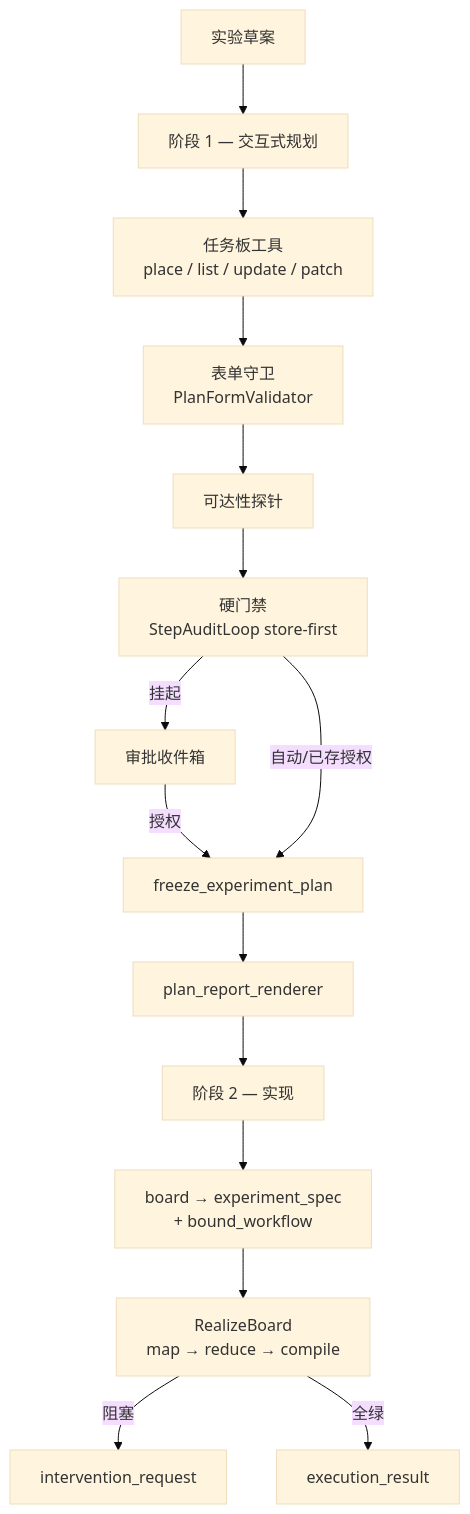
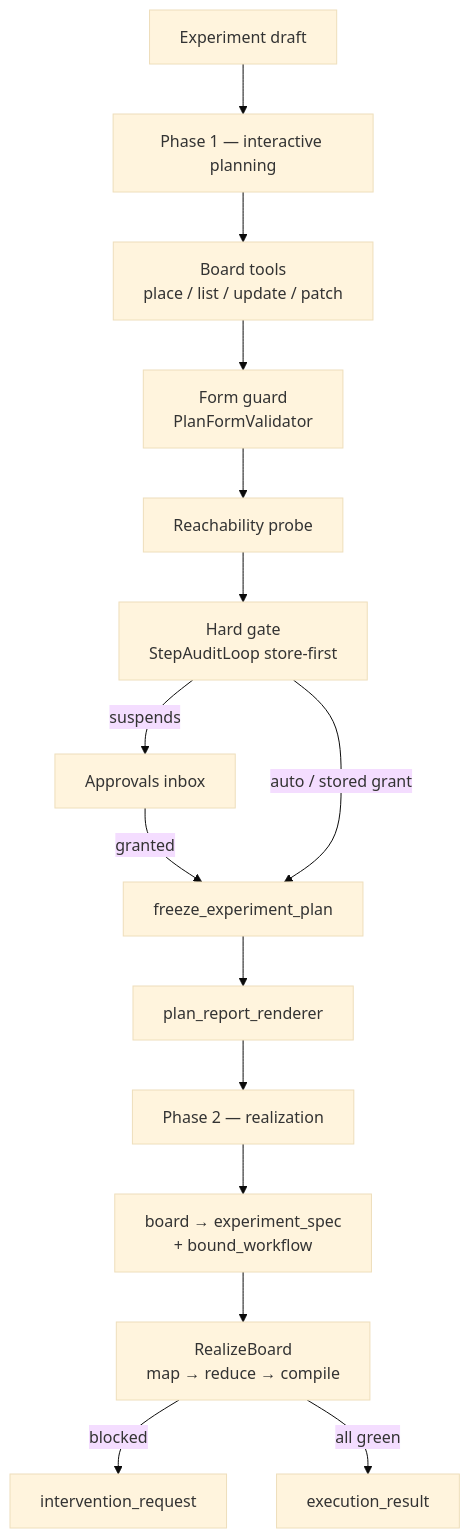
The diagram in docs/en/architecture/plan-mode.md (MolCrafts/molab), drawn with Mermaid (base theme) before and after one commit. The commit also changed other lines of this file and 253 other files, not shown here.

````diff
--- a/docs/en/architecture/plan-mode.md
+++ b/docs/en/architecture/plan-mode.md
@@ -17,17 +22,17 @@
 ```mermaid
 flowchart TD
-    D["实验草案"] --> P1["阶段 1 — 交互式规划"]
-    P1 --> B["任务板工具<br/>place / list / update / patch"]
-    B --> G["表单守卫<br/>PlanFormValidator"]
-    G --> Pr["可达性探针"]
-    Pr --> R["硬门禁<br/>StepAuditLoop store-first"]
-    R -->|挂起| A["审批收件箱"]
-    A -->|授权| F["freeze_experiment_plan"]
-    R -->|自动/已存授权| F
+    D["Experiment draft"] --> P1["Phase 1 — interactive planning"]
+    P1 --> B["Board tools<br/>place / list / update / patch"]
+    B --> G["Form guard<br/>PlanFormValidator"]
+    G --> Pr["Reachability probe"]
+    Pr --> R["Hard gate<br/>StepAuditLoop store-first"]
+    R -->|suspends| A["Approvals inbox"]
+    A -->|granted| F["freeze_experiment_plan"]
+    R -->|auto / stored grant| F
     F --> Rep["plan_report_renderer"]
-    Rep --> P2["阶段 2 — 实现"]
+    Rep --> P2["Phase 2 — realization"]
     P2 --> M["board → experiment_spec<br/>+ bound_workflow"]
     M --> Z["RealizeBoard<br/>map → reduce → compile"]
-    Z -->|阻塞| I["intervention_request"]
-    Z -->|全绿| E["execution_result"]
+    Z -->|blocked| I["intervention_request"]
+    Z -->|all green| E["execution_result"]
 ```
````
